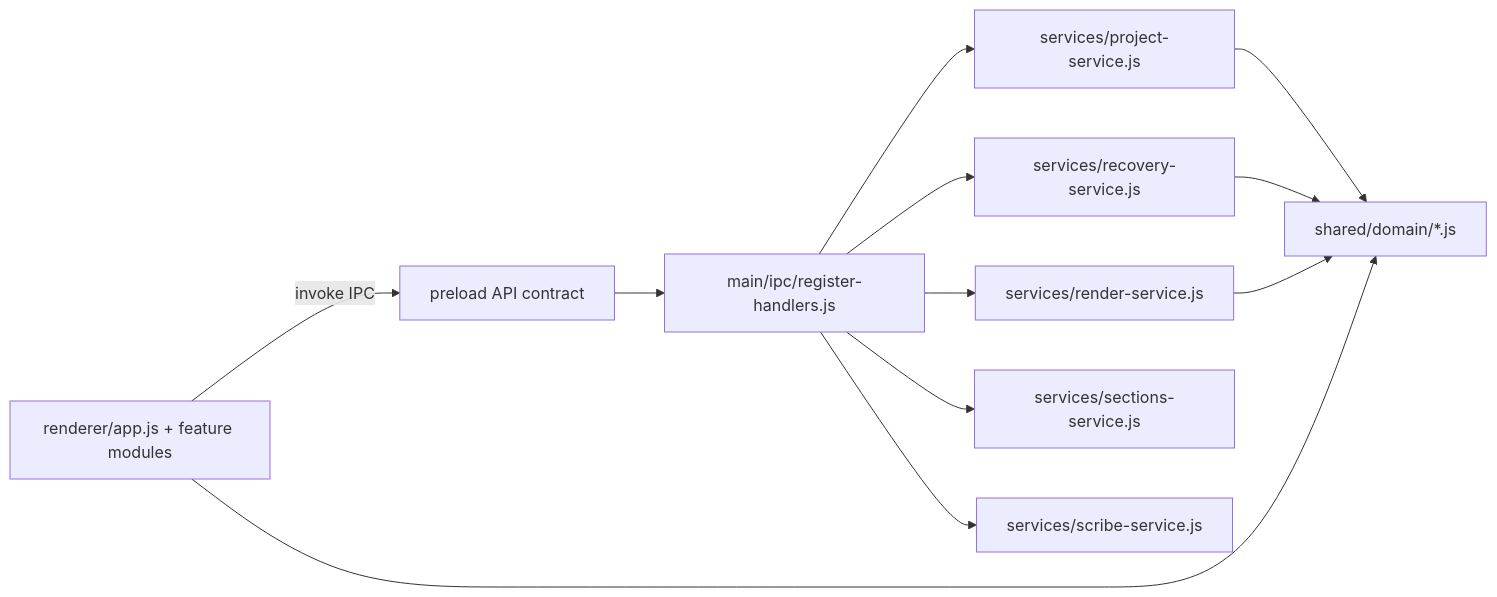
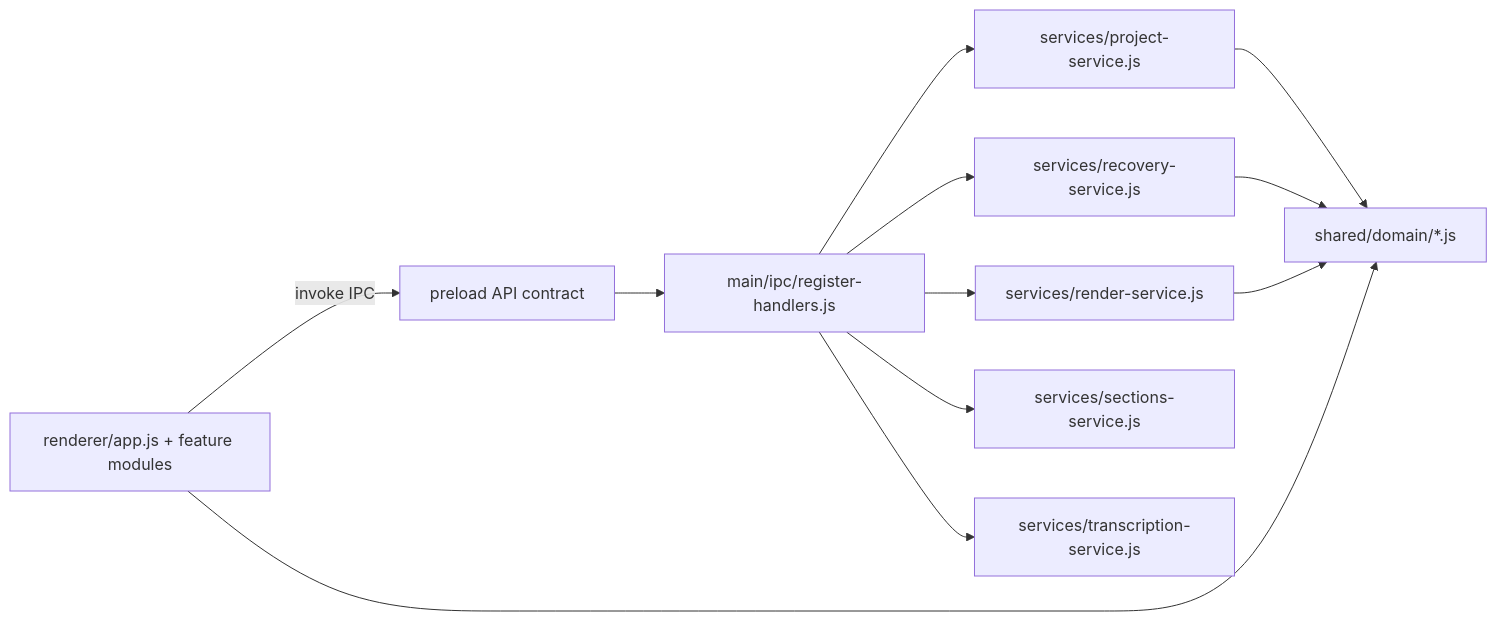
One commit to tadaspetra/loop changed the diagram in docs/production/target-architecture.md. Above: the diagram before and after it, drawn with Mermaid. The commit also changed other lines of this file and 21 other files, not shown here.

````diff
--- a/docs/production/target-architecture.md
+++ b/docs/production/target-architecture.md
@@ -54,14 +56,14 @@
 ```mermaid
 flowchart LR
   rendererUi["renderer/app.js + feature modules"] -->|"invoke IPC"| preloadBridge["preload API contract"]
   preloadBridge --> mainIpc["main/ipc/register-handlers.js"]
   mainIpc --> projectService["services/project-service.js"]
   mainIpc --> recoveryService["services/recovery-service.js"]
   mainIpc --> renderService["services/render-service.js"]
   mainIpc --> sectionsService["services/sections-service.js"]
-  mainIpc --> scribeService["services/scribe-service.js"]
+  mainIpc --> transcriptionService["services/transcription-service.js"]
   projectService --> sharedDomain["shared/domain/*.js"]
   recoveryService --> sharedDomain
   renderService --> sharedDomain
   rendererUi --> sharedDomain
 ```
````
